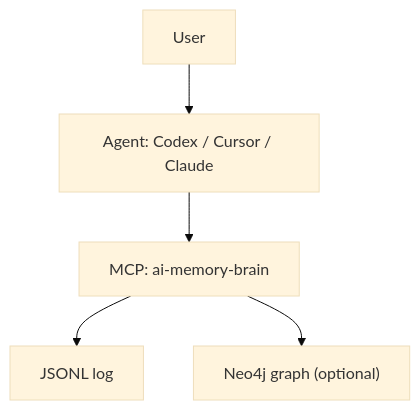
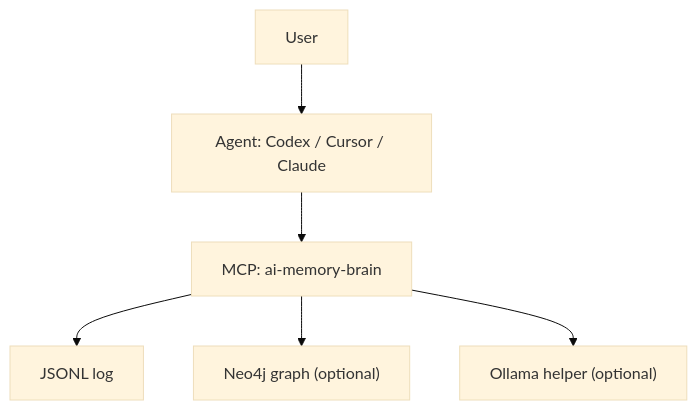
Before and after one commit to akushniruk/ai-memory-brain: the first of 4 diagrams in README.md, drawn with Mermaid (base theme). The commit also changed other lines of this file and 7 other files, not shown here.

````diff
--- a/README.md
+++ b/README.md
@@ -11,7 +37,8 @@
 ```mermaid
 flowchart TD
   U["User"] --> A["Agent: Codex / Cursor / Claude"]
   A --> M["MCP: ai-memory-brain"]
   M --> J["JSONL log"]
   M --> G["Neo4j graph (optional)"]
+  M --> O["Ollama helper (optional)"]
 ```
````
